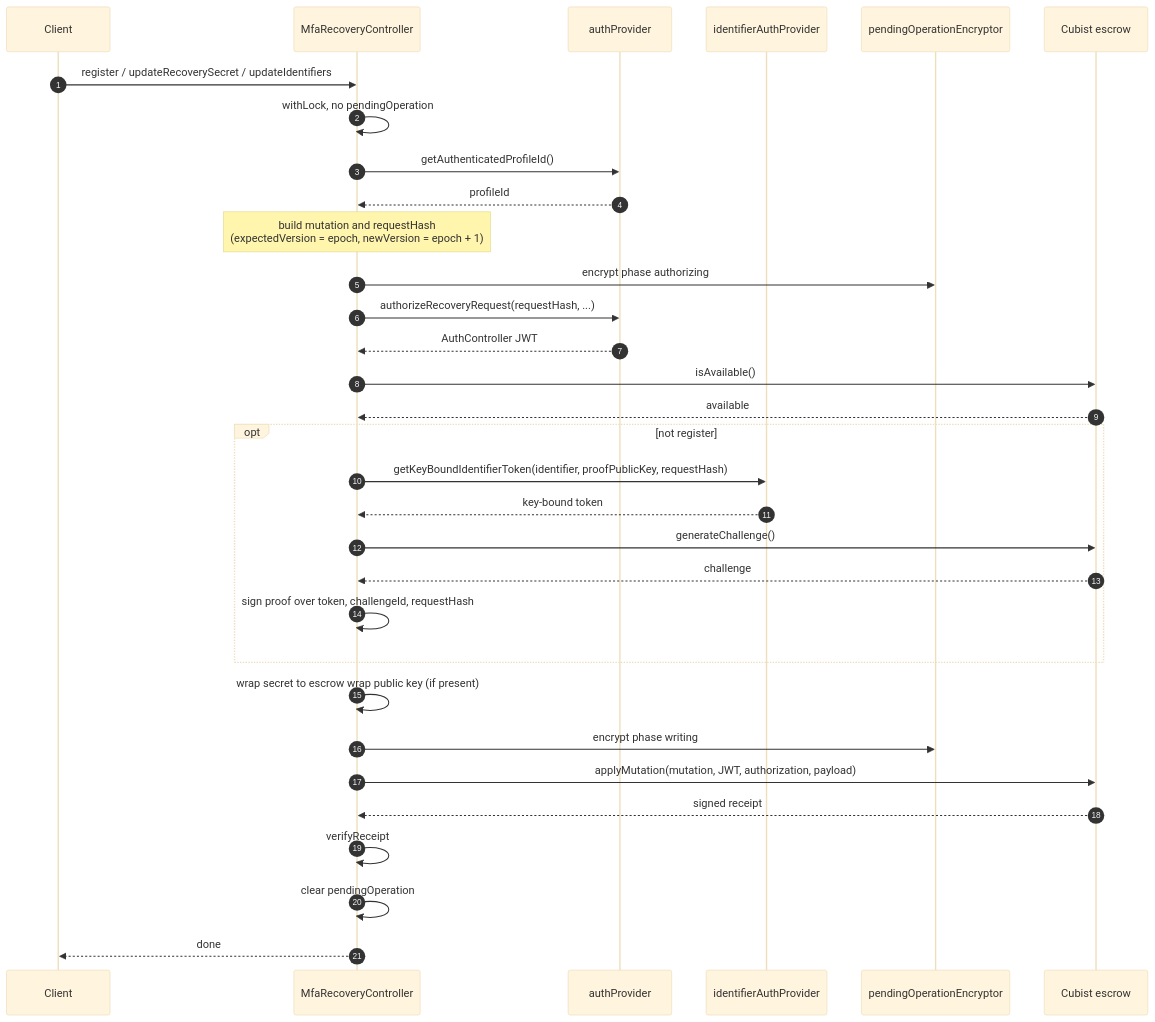
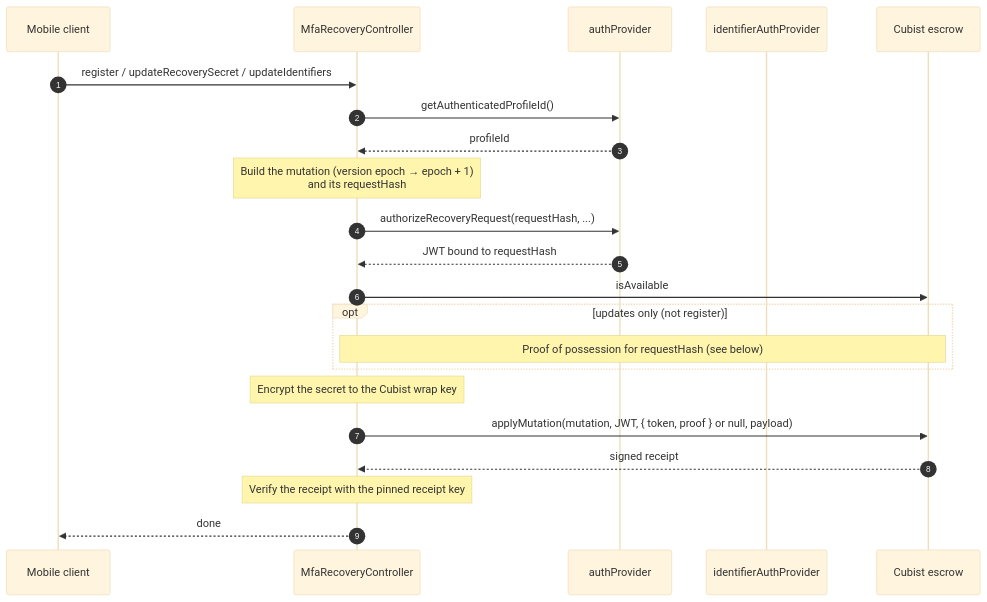
The third of 5 diagrams in packages/mfa-recovery-controller/CUBIST_TEST_SEQUENCE.md (MetaMask/core), drawn with Mermaid (base theme) before and after one commit. The commit also changed other lines of this file, not shown here.

First line of the commit message:
docs(mfa-recovery-controller): refine CUBIST_TEST_SEQUENCE.md for mobile developer test clarity

````diff
--- a/packages/mfa-recovery-controller/CUBIST_TEST_SEQUENCE.md
+++ b/packages/mfa-recovery-controller/CUBIST_TEST_SEQUENCE.md
@@ -97,37 +88,27 @@
 ```mermaid
 sequenceDiagram
   autonumber
-  participant Client
+  participant Mobile as Mobile client
   participant C as MfaRecoveryController
   participant Auth as authProvider
   participant Id as identifierAuthProvider
-  participant Enc as pendingOperationEncryptor
-  participant Escrow as Cubist escrow
+  participant Cubist as Cubist escrow
 
-  Client->>C: register / updateRecoverySecret / updateIdentifiers
-  C->>C: withLock, no pendingOperation
+  Mobile->>C: register / updateRecoverySecret / updateIdentifiers
   C->>Auth: getAuthenticatedProfileId()
   Auth-->>C: profileId
-  Note over C: build mutation and requestHash<br/>(expectedVersion = epoch, newVersion = epoch + 1)
-  C->>Enc: encrypt phase authorizing
+  Note over C: Build the mutation (version epoch → epoch + 1)<br/>and its requestHash
   C->>Auth: authorizeRecoveryRequest(requestHash, ...)
-  Auth-->>C: AuthController JWT
-  C->>Escrow: isAvailable()
-  Escrow-->>C: available
+  Auth-->>C: JWT bound to requestHash
+  C->>Cubist: isAvailable
 
-  opt not register
-    C->>Id: getKeyBoundIdentifierToken(identifier, proofPublicKey, requestHash)
-    Id-->>C: key-bound token
-    C->>Escrow: generateChallenge()
-    Escrow-->>C: challenge
-    C->>C: sign proof over token, challengeId, requestHash
+  opt updates only (not register)
+    Note over C,Cubist: Proof of possession for requestHash (see below)
   end
 
-  C->>C: wrap secret to escrow wrap public key (if present)
-  C->>Enc: encrypt phase writing
-  C->>Escrow: applyMutation(mutation, JWT, authorization, payload)
-  Escrow-->>C: signed receipt
-  C->>C: verifyReceipt
-  C->>C: clear pendingOperation
-  C-->>Client: done
+  Note over C: Encrypt the secret to the Cubist wrap key
+  C->>Cubist: applyMutation(mutation, JWT, { token, proof } or null, payload)
+  Cubist-->>C: signed receipt
+  Note over C: Verify the receipt with the pinned receipt key
+  C-->>Mobile: done
 ```
````
